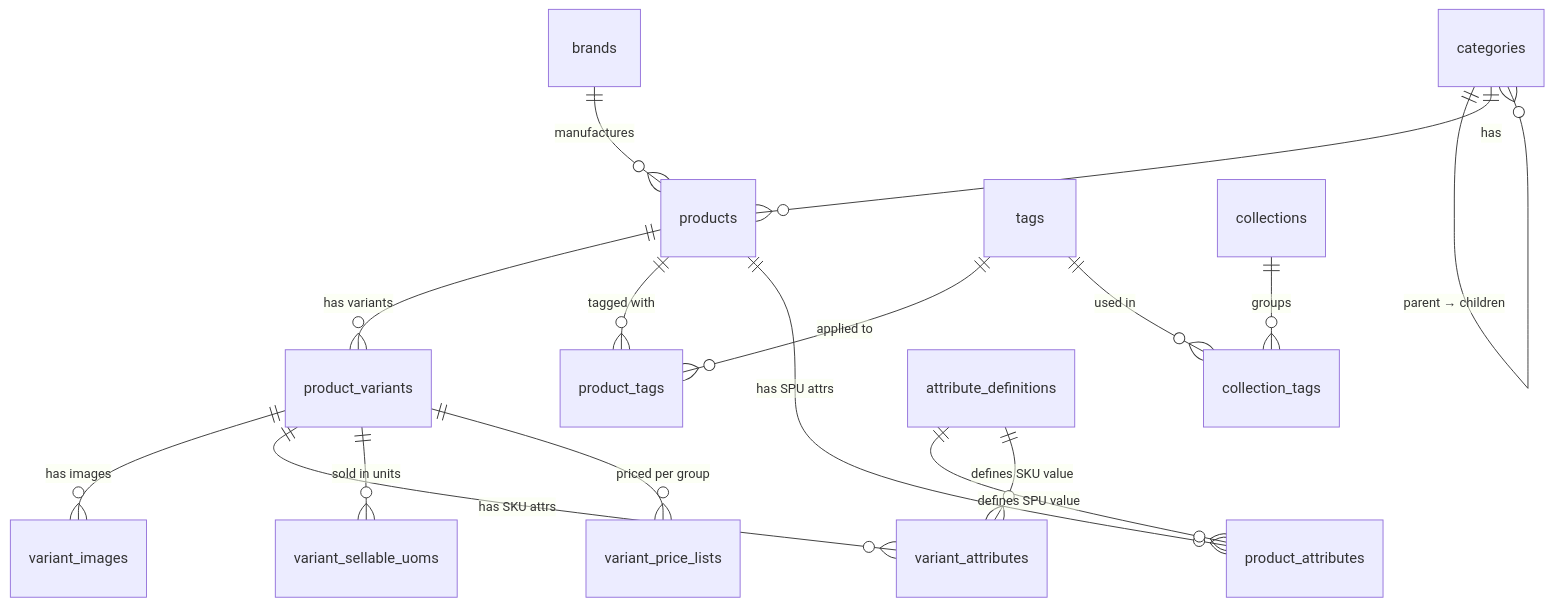
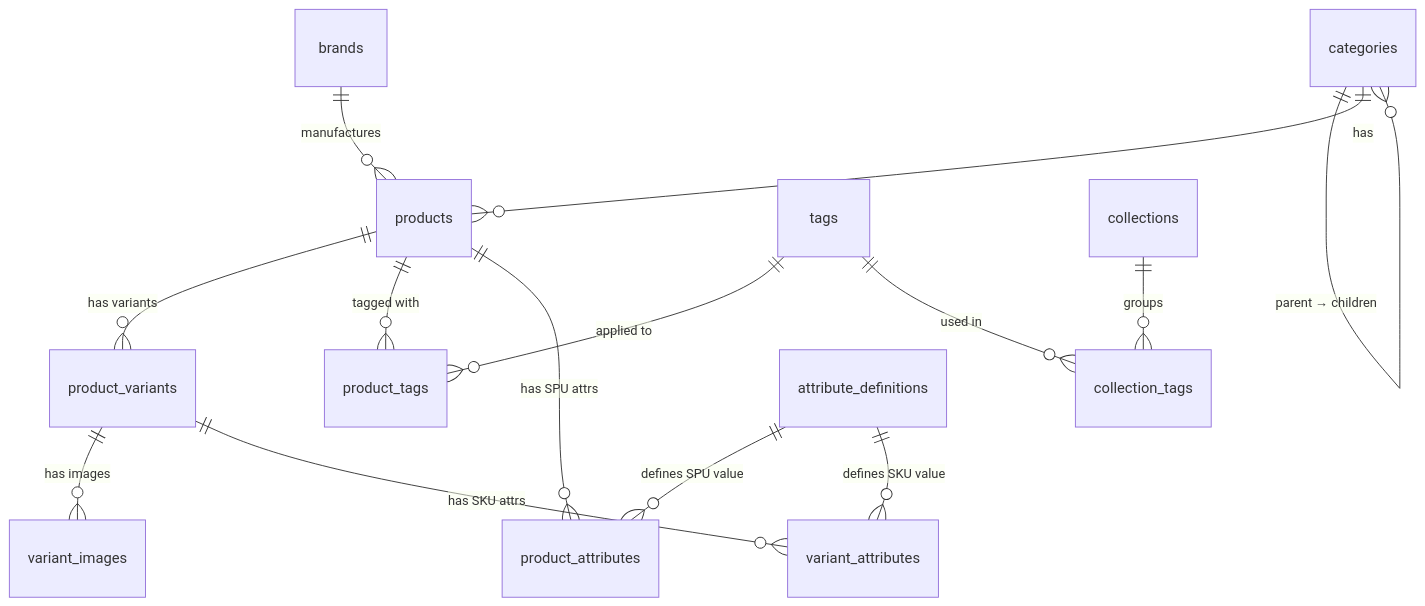
The diagram in db/src/schema/catalog/README.md (3mrhussein/findeg), drawn with Mermaid before and after one commit. The commit also changed other lines of this file and 78 other files, not shown here.

Commit message:
refactor: remove variant-specific pricing and unit of measure (UoM) configurations from database schema and application logic

````diff
--- a/db/src/schema/catalog/README.md
+++ b/db/src/schema/catalog/README.md
@@ -18,23 +18,21 @@
 ```mermaid
 erDiagram
     categories ||--o{ categories : "parent → children"
     categories ||--o{ products : "has"
     brands ||--o{ products : "manufactures"
 
     products ||--o{ product_variants : "has variants"
     products ||--o{ product_tags : "tagged with"
     products ||--o{ product_attributes : "has SPU attrs"
 
     tags ||--o{ product_tags : "applied to"
     tags ||--o{ collection_tags : "used in"
 
     collections ||--o{ collection_tags : "groups"
 
     attribute_definitions ||--o{ product_attributes : "defines SPU value"
     attribute_definitions ||--o{ variant_attributes : "defines SKU value"
 
     product_variants ||--o{ variant_images : "has images"
     product_variants ||--o{ variant_attributes : "has SKU attrs"
-    product_variants ||--o{ variant_sellable_uoms : "sold in units"
-    product_variants ||--o{ variant_price_lists : "priced per group"
 ```
````
